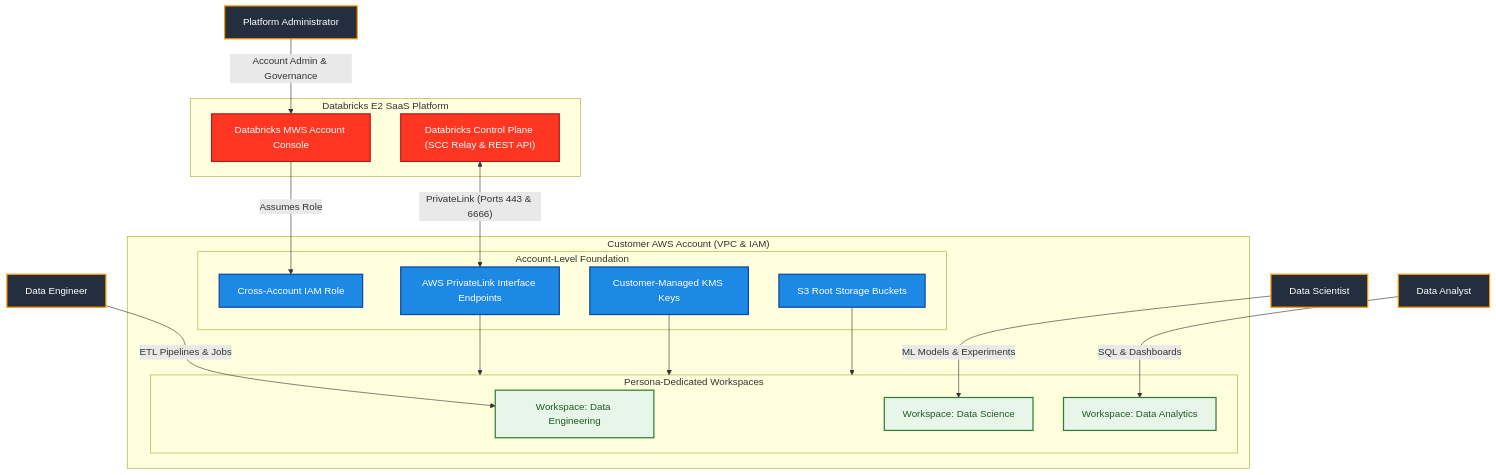
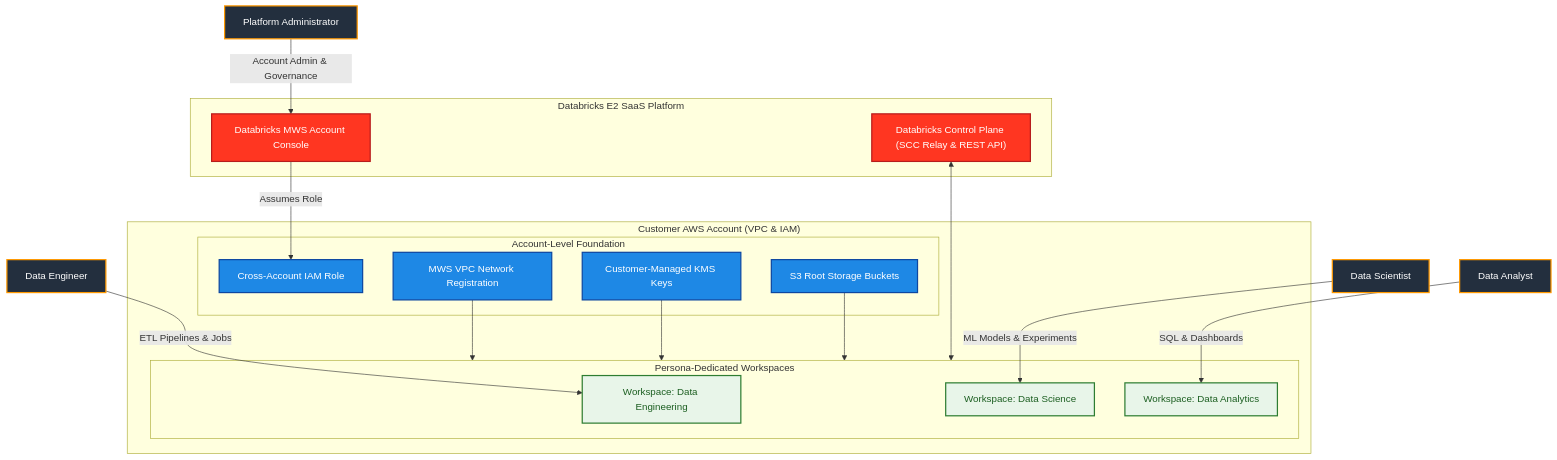
The first of 2 diagrams in README.md (MikolajSedek/databricks_aws_deployment_03_workspaces_and_compute), drawn with Mermaid before and after one commit. The commit also changed other lines of this file and 12 other files, not shown here.

````diff
--- a/README.md
+++ b/README.md
@@ -125,43 +125,43 @@
 ```mermaid
 flowchart TD
     classDef actor fill:#232F3E,stroke:#FF9900,stroke-width:2px,color:#FFFFFF;
     classDef databricks fill:#FF3621,stroke:#B71C1C,stroke-width:2px,color:#FFFFFF;
     classDef aws fill:#1E88E5,stroke:#0D47A1,stroke-width:2px,color:#FFFFFF;
     classDef workspace fill:#E8F5E9,stroke:#2E7D32,stroke-width:2px,color:#1B5E20;
 
     Admin["Platform Administrator"]:::actor
     DataEng["Data Engineer"]:::actor
     DataSci["Data Scientist"]:::actor
     DataAnalyst["Data Analyst"]:::actor
 
     subgraph DatabricksE2 ["Databricks E2 SaaS Platform"]
         MWSAccount["Databricks MWS Account Console"]:::databricks
         ControlPlane["Databricks Control Plane (SCC Relay & REST API)"]:::databricks
     end
 
     subgraph AWSCloud ["Customer AWS Account (VPC & IAM)"]
         subgraph AccountPlane ["Account-Level Foundation"]
             CrossAccountRole["Cross-Account IAM Role"]:::aws
-            VPCEndpoints["AWS PrivateLink Interface Endpoints"]:::aws
+            MWSNetwork["MWS VPC Network Registration"]:::aws
             KMSKeys["Customer-Managed KMS Keys"]:::aws
             RootBuckets["S3 Root Storage Buckets"]:::aws
         end
 
         subgraph WorkspacesPlane ["Persona-Dedicated Workspaces"]
             WS_DE["Workspace: Data Engineering"]:::workspace
             WS_DS["Workspace: Data Science"]:::workspace
             WS_DA["Workspace: Data Analytics"]:::workspace
         end
     end
 
     Admin -->|"Account Admin & Governance"| MWSAccount
     DataEng -->|"ETL Pipelines & Jobs"| WS_DE
     DataSci -->|"ML Models & Experiments"| WS_DS
     DataAnalyst -->|"SQL & Dashboards"| WS_DA
 
     MWSAccount -->|"Assumes Role"| CrossAccountRole
-    ControlPlane <-->|"PrivateLink (Ports 443 & 6666)"| VPCEndpoints
-    VPCEndpoints --> WorkspacesPlane
+    MWSNetwork --> WorkspacesPlane
     KMSKeys --> WorkspacesPlane
     RootBuckets --> WorkspacesPlane
+    ControlPlane <--> WorkspacesPlane
 ```
````
